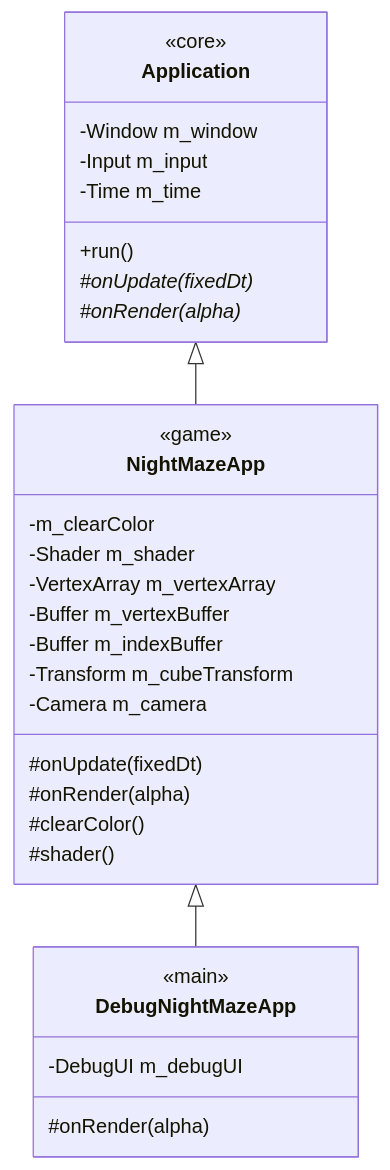
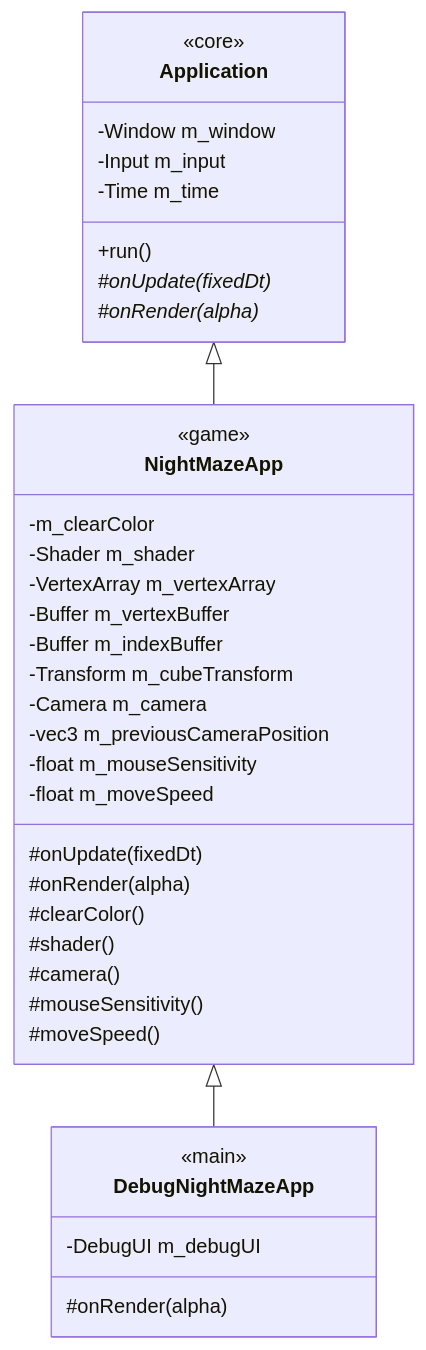
One commit to Shironex/night-maze changed the third of 3 diagrams in docs/modules/core/README.md. Above: the diagram before and after it, drawn with Mermaid. The commit also changed other lines of this file and 25 other files, not shown here.

````diff
--- a/docs/modules/core/README.md
+++ b/docs/modules/core/README.md
@@ -173,33 +181,39 @@
 ```mermaid
 classDiagram
     class Application {
         <<core>>
         -Window m_window
         -Input m_input
         -Time m_time
         +run()
         #onUpdate(fixedDt)*
         #onRender(alpha)*
     }
     class NightMazeApp {
         <<game>>
         -m_clearColor
         -Shader m_shader
         -VertexArray m_vertexArray
         -Buffer m_vertexBuffer
         -Buffer m_indexBuffer
         -Transform m_cubeTransform
         -Camera m_camera
+        -vec3 m_previousCameraPosition
+        -float m_mouseSensitivity
+        -float m_moveSpeed
         #onUpdate(fixedDt)
         #onRender(alpha)
         #clearColor()
         #shader()
+        #camera()
+        #mouseSensitivity()
+        #moveSpeed()
     }
     class DebugNightMazeApp {
         <<main>>
         -DebugUI m_debugUI
         #onRender(alpha)
     }
     Application <|-- NightMazeApp
     NightMazeApp <|-- DebugNightMazeApp
 ```
````
